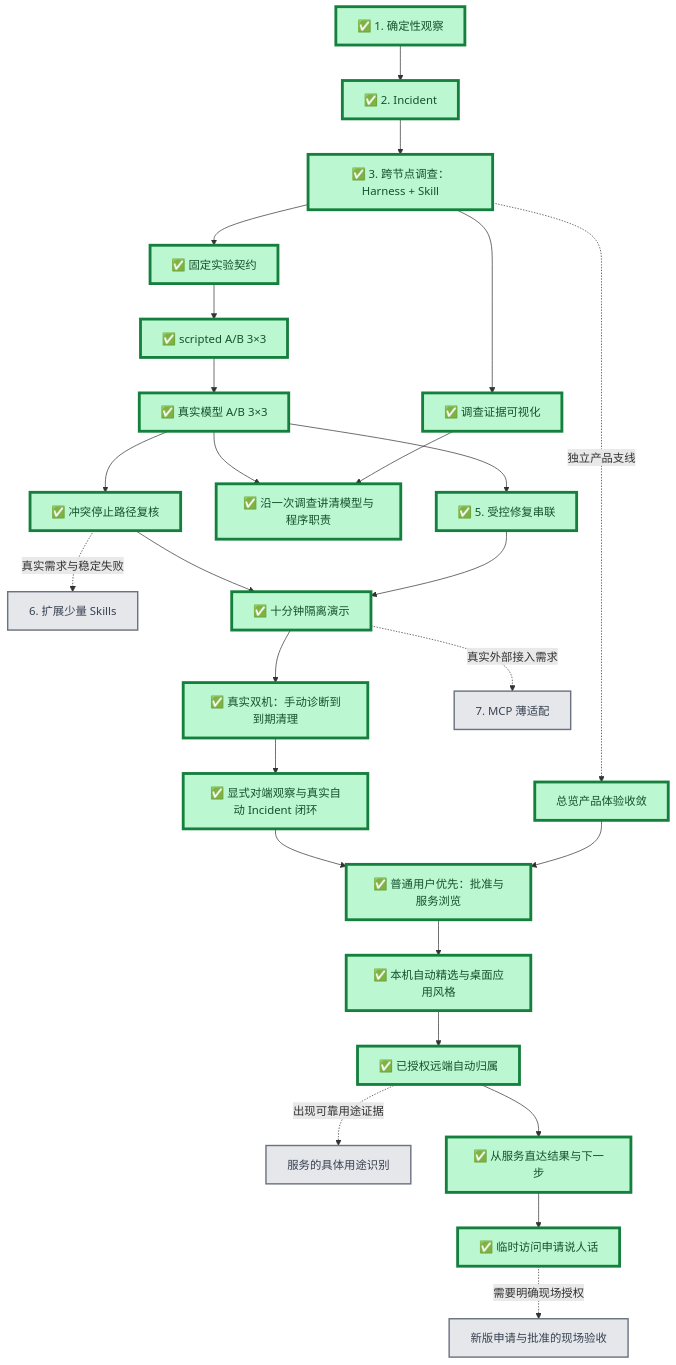
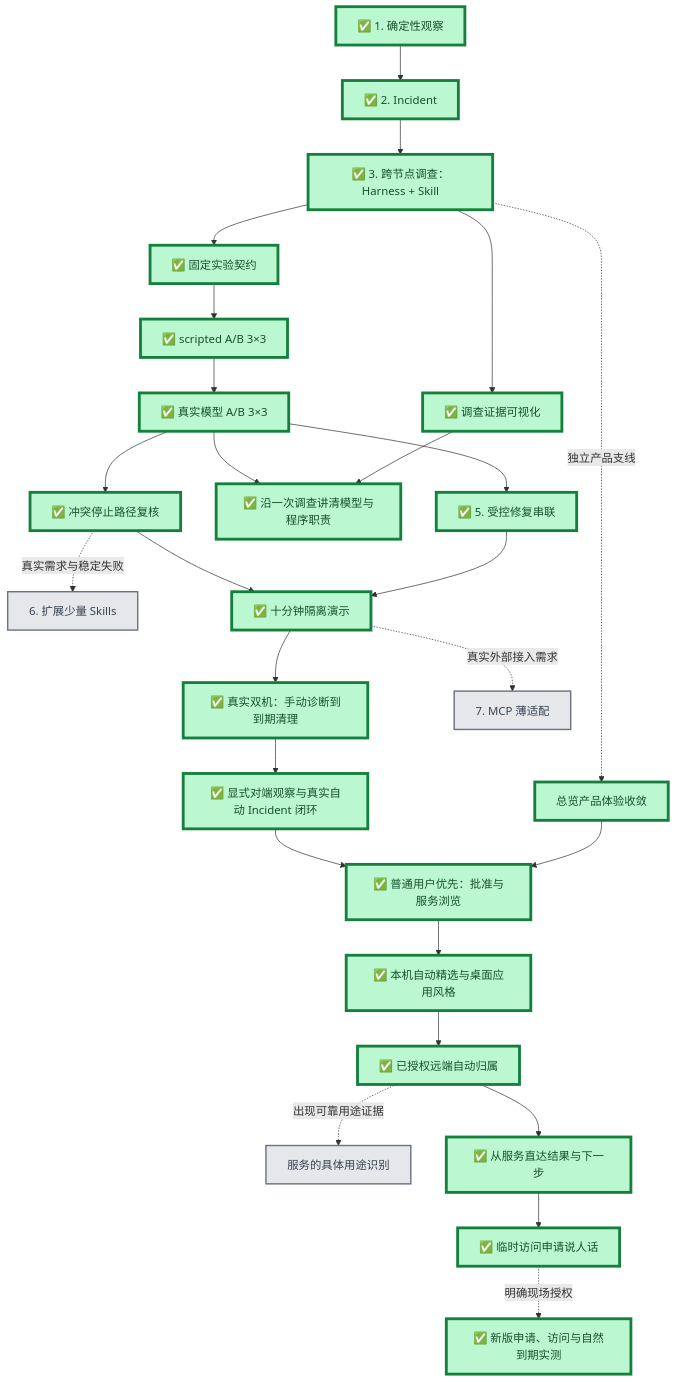
The first of 2 diagrams in docs/project/roadmap.md (Sugarfarmeriod/TunnelMinion), drawn with Mermaid before and after one commit. The commit also changed other lines of this file and 8 other files, not shown here.

````diff
--- a/docs/project/roadmap.md
+++ b/docs/project/roadmap.md
@@ -8,48 +8,48 @@
 ```mermaid
 flowchart TB
     A["✅ 1. 确定性观察"] --> B["✅ 2. Incident"]
     B --> C["✅ 3. 跨节点调查：Harness + Skill"]
 
     C --> D1["✅ 固定实验契约"]
     D1 --> D2["✅ scripted A/B 3×3"]
     D2 --> D3["✅ 真实模型 A/B 3×3"]
 
     D3 --> E["✅ 5. 受控修复串联"]
     C --> V["✅ 调查证据可视化"]
     V --> W["✅ 沿一次调查讲清模型与程序职责"]
     D3 --> W
     D3 --> F["✅ 冲突停止路径复核"]
     F -.真实需求与稳定失败.-> K["6. 扩展少量 Skills"]
     E --> H["✅ 十分钟隔离演示"]
     F --> H
     H --> R["✅ 真实双机：手动诊断到到期清理"]
     R --> I["✅ 显式对端观察与真实自动 Incident 闭环"]
     H -.真实外部接入需求.-> G["7. MCP 薄适配"]
 
     C -.独立产品支线.-> U["总览产品体验收敛"]
     U --> P["✅ 普通用户优先：批准与服务浏览"]
     I --> P
     P --> Q["✅ 本机自动精选与桌面应用风格"]
     Q --> Q2["✅ 已授权远端自动归属"]
     Q2 -.出现可靠用途证据.-> Q3["服务的具体用途识别"]
     Q2 --> Q4["✅ 从服务直达结果与下一步"]
     Q4 --> Q5["✅ 临时访问申请说人话"]
-    Q5 -.需要明确现场授权.-> Q6["新版申请与批准的现场验收"]
+    Q5 -.明确现场授权.-> Q6["✅ 新版申请、访问与自然到期实测"]
 
     classDef done fill:#bbf7d0,stroke:#15803d,stroke-width:4px,color:#14532d;
     classDef current fill:#fde68a,stroke:#b45309,stroke-width:5px,color:#78350f;
     classDef next fill:#bfdbfe,stroke:#1d4ed8,stroke-width:3px,color:#1e3a8a;
     classDef later fill:#e5e7eb,stroke:#6b7280,stroke-width:2px,color:#374151;
     class A,B,C,D1,D2,D3,E,F,H,R,V done;
     class U done;
     class W done;
     class I done;
     class G,K later;
     class P done;
     class Q done;
     class Q2 done;
     class Q3 later;
     class Q4 done;
     class Q5 done;
-    class Q6 later;
+    class Q6 done;
 ```
````
